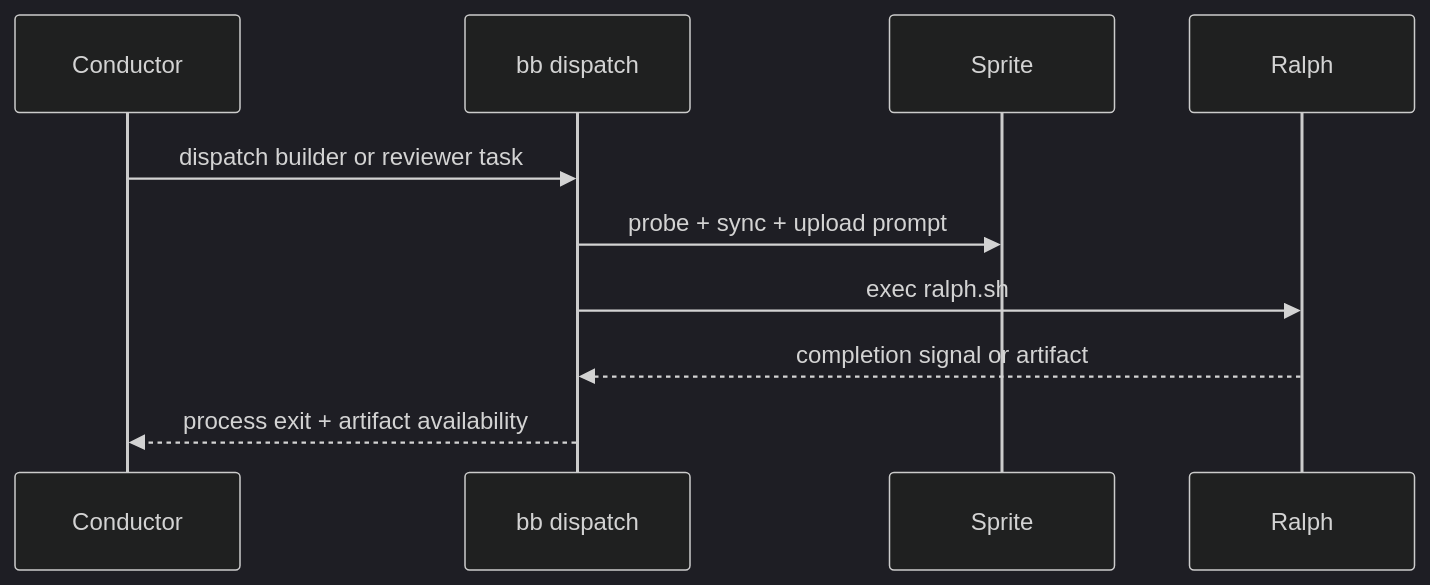
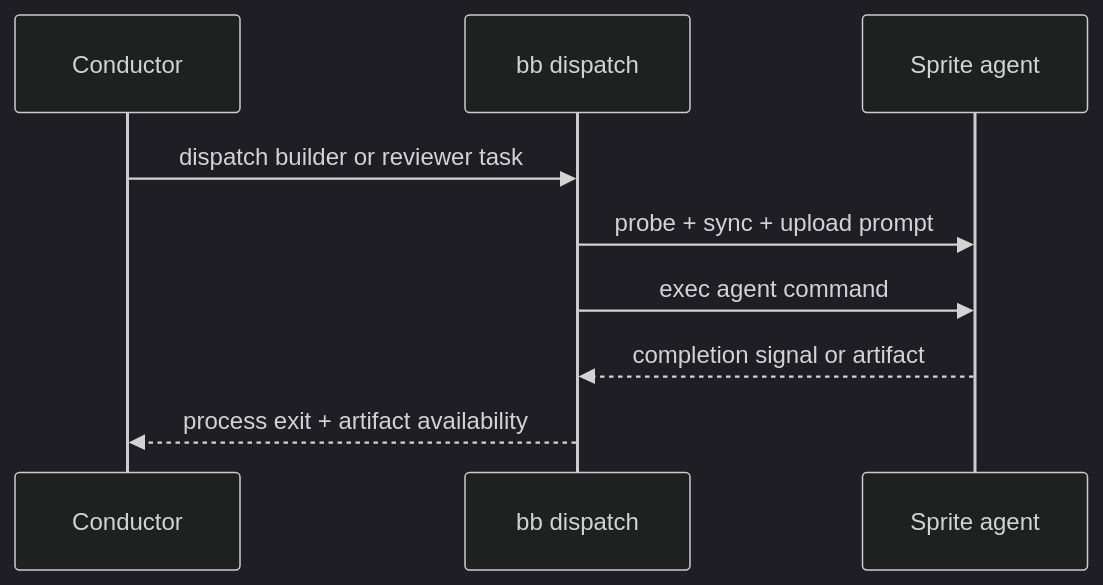
Before and after one commit to misty-step/bitterblossom: the fifth of 5 diagrams in docs/architecture/bb-cli.md, drawn with Mermaid (dark theme). The commit also changed other lines of this file and 38 other files, not shown here.

````diff
--- a/docs/architecture/bb-cli.md
+++ b/docs/architecture/bb-cli.md
@@ -70,13 +69,13 @@
 ```mermaid
 sequenceDiagram
     participant C as Conductor
     participant BB as bb dispatch
     participant S as Sprite
-    participant R as Ralph
+    participant S as Sprite agent
 
     C->>BB: dispatch builder or reviewer task
     BB->>S: probe + sync + upload prompt
-    BB->>R: exec ralph.sh
-    R-->>BB: completion signal or artifact
+    BB->>S: exec agent command
+    S-->>BB: completion signal or artifact
     BB-->>C: process exit + artifact availability
 ```
````
